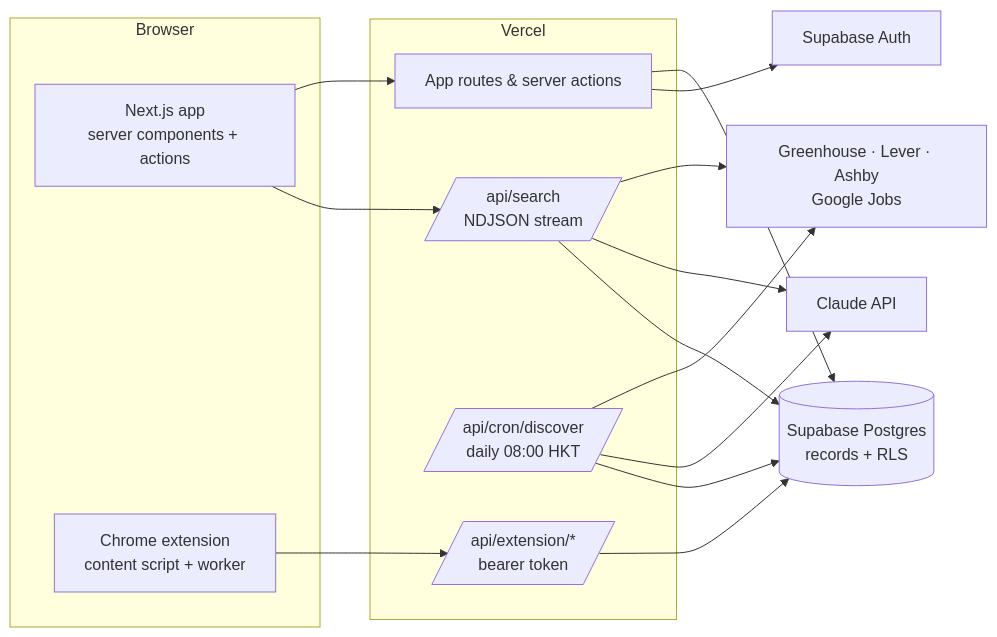
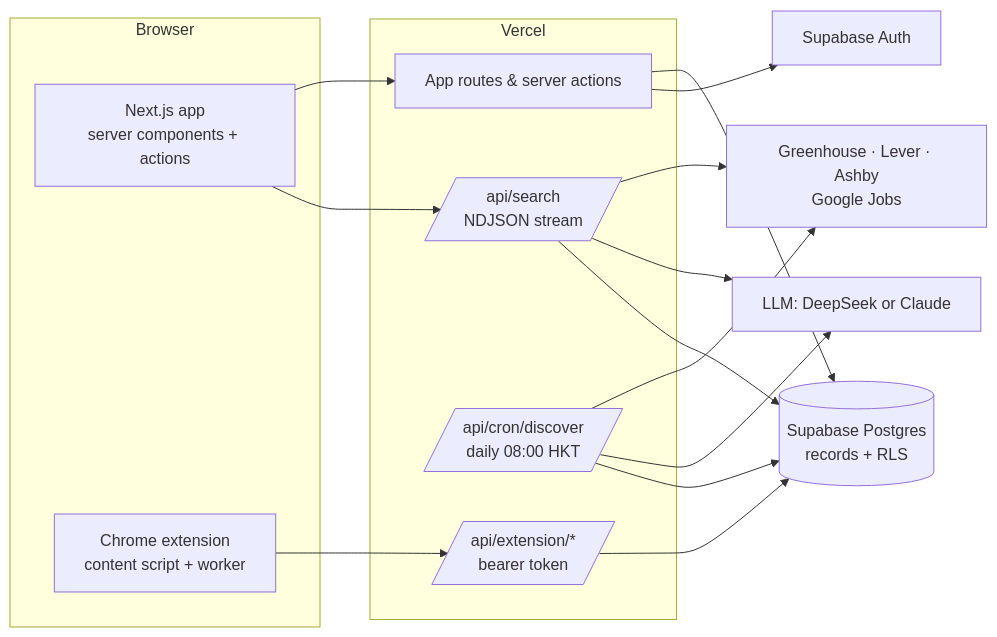
The diagram in README.md (zyaoyu0203-sys/careeros), drawn with Mermaid before and after one commit. The commit also changed other lines of this file and 11 other files, not shown here.

Commit message:
Support DeepSeek (OpenAI-compatible) as the LLM provider alongside Claude

````diff
--- a/README.md
+++ b/README.md
@@ -31,26 +31,26 @@
 ```mermaid
 flowchart LR
   subgraph Browser
     UI[Next.js app<br/>server components + actions]
     EXT[Chrome extension<br/>content script + worker]
   end
   subgraph Vercel
     APP[App routes & server actions]
     SEARCH[/api/search<br/>NDJSON stream/]
     CRON[/api/cron/discover<br/>daily 08:00 HKT/]
     EXTAPI[/api/extension/*<br/>bearer token/]
   end
   DB[(Supabase Postgres<br/>records + RLS)]
   AUTH[Supabase Auth]
   ATS[Greenhouse · Lever · Ashby<br/>Google Jobs]
-  AI[Claude API]
+  AI[LLM: DeepSeek or Claude]
 
   UI --> APP --> DB
   UI --> SEARCH
   CRON --> ATS
   SEARCH --> ATS
   SEARCH & CRON --> AI
   SEARCH & CRON --> DB
   EXT --> EXTAPI --> DB
   APP --> AUTH
 ```
````
